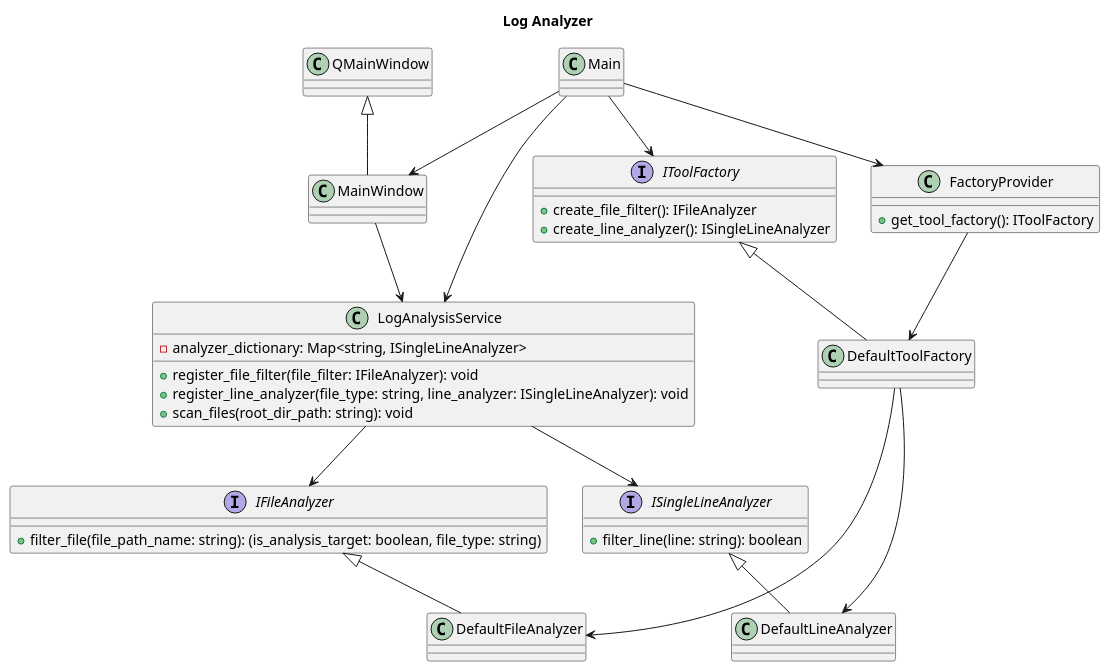
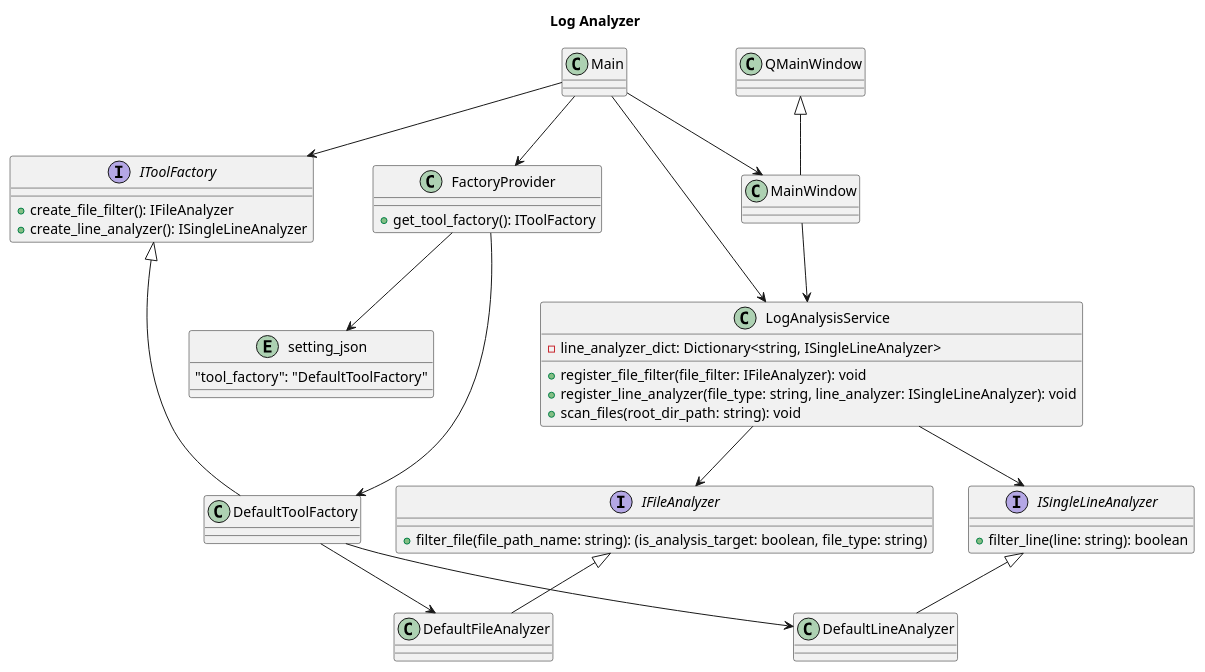
The diagram in doc/log_analyzer.puml (Takayoshi-Matsuyama/log_analyzer), drawn with PlantUML before and after one commit.

Commit message:
Updated - class diagram

```diff
--- a/doc/log_analyzer.puml
+++ b/doc/log_analyzer.puml
@@ -1,82 +1,89 @@
 @startuml log_analyzer
 
 'Copyright 2026 Takayoshi Matsuyama
 '
 'Licensed under the Apache License, Version 2.0 (the "License");
 'you may not use this file except in compliance with the License.
 'You may obtain a copy of the License at
 '
 '    http://www.apache.org/licenses/LICENSE-2.0
 '
 'Unless required by applicable law or agreed to in writing, software
 'distributed under the License is distributed on an "AS IS" BASIS,
 'WITHOUT WARRANTIES OR CONDITIONS OF ANY KIND, either express or implied.
 'See the License for the specific language governing permissions and
 'limitations under the License.
 
 title Log Analyzer
 
 interface IFileAnalyzer
 {
     +filter_file(file_path_name: string): (is_analysis_target: boolean, file_type: string)
 }
 
 class DefaultFileAnalyzer {}
 
 IFileAnalyzer <|-- DefaultFileAnalyzer
 
 interface ISingleLineAnalyzer
 {
     +filter_line(line: string): boolean
 }
 
 class DefaultLineAnalyzer {}
 
 ISingleLineAnalyzer <|-- DefaultLineAnalyzer
 
 
 interface IToolFactory
 {
     +create_file_filter(): IFileAnalyzer
     +create_line_analyzer(): ISingleLineAnalyzer
 }
 
 class DefaultToolFactory {}
 
 IToolFactory <|-- DefaultToolFactory
 
 DefaultToolFactory --> DefaultFileAnalyzer
 DefaultToolFactory --> DefaultLineAnalyzer
 
 class LogAnalysisService
 {
-    -analyzer_dictionary: Map<string, ISingleLineAnalyzer>
+    -line_analyzer_dict: Dictionary<string, ISingleLineAnalyzer>
     +register_file_filter(file_filter: IFileAnalyzer): void
     +register_line_analyzer(file_type: string, line_analyzer: ISingleLineAnalyzer): void
     +scan_files(root_dir_path: string): void
 }
+
+LogAnalysisService --> IFileAnalyzer
+LogAnalysisService --> ISingleLineAnalyzer
 
 class QMainWindow {}
 
 class MainWindow {}
 
 QMainWindow <|-- MainWindow
 
+entity setting_json
+{
+    "tool_factory": "DefaultToolFactory"
+}
+
 class FactoryProvider
  {
     +get_tool_factory(): IToolFactory
 }
 
+FactoryProvider --> setting_json
+FactoryProvider --> DefaultToolFactory
+
 class Main {}
 
-FactoryProvider --> DefaultToolFactory
-
-LogAnalysisService --> IFileAnalyzer
-LogAnalysisService --> ISingleLineAnalyzer
 Main --> FactoryProvider
 Main --> IToolFactory
 Main --> LogAnalysisService
 Main --> MainWindow
 MainWindow --> LogAnalysisService
 
 @enduml
```
